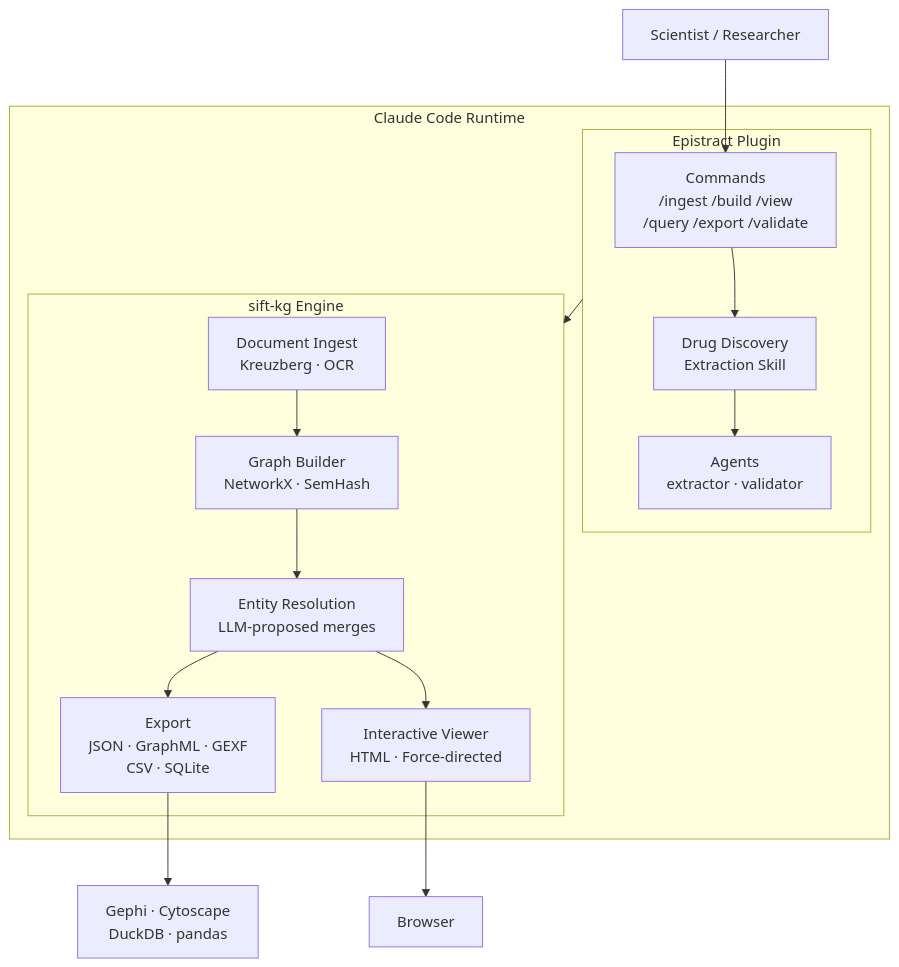
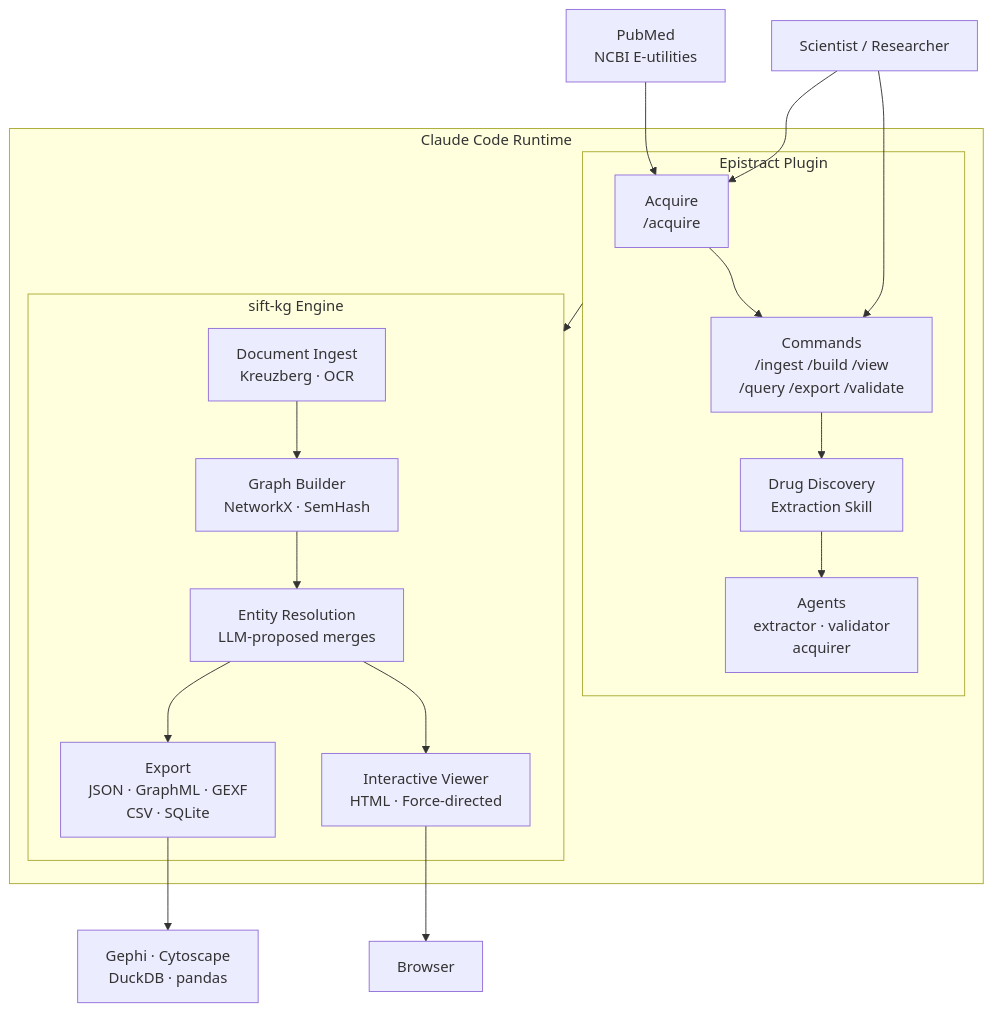
The first of 3 diagrams in README.md (usathyan/epistract), drawn with Mermaid before and after one commit. The commit also changed other lines of this file and 3 other files, not shown here.

First line of the commit message:
feat: add PubMed acquisition pipeline (/epistract-acquire)

````diff
--- a/README.md
+++ b/README.md
@@ -291,25 +305,29 @@
 ```mermaid
 flowchart TB
     subgraph CC["Claude Code Runtime"]
         subgraph EP["Epistract Plugin"]
+            ACQ["Acquire<br/>/acquire"]
             CMD["Commands<br/>/ingest /build /view<br/>/query /export /validate"]
             SKL["Drug Discovery<br/>Extraction Skill"]
-            AGT["Agents<br/>extractor · validator"]
+            AGT["Agents<br/>extractor · validator<br/>acquirer"]
+            ACQ --> CMD
             CMD --> SKL
             SKL --> AGT
         end
         subgraph SK["sift-kg Engine"]
             ING["Document Ingest<br/>Kreuzberg · OCR"]
             GRB["Graph Builder<br/>NetworkX · SemHash"]
             RES["Entity Resolution<br/>LLM-proposed merges"]
             EXP["Export<br/>JSON · GraphML · GEXF<br/>CSV · SQLite"]
             VIZ["Interactive Viewer<br/>HTML · Force-directed"]
             ING --> GRB --> RES --> EXP
             RES --> VIZ
         end
         EP --> SK
     end
+    PUB["PubMed<br/>NCBI E-utilities"] --> ACQ
     USR["Scientist / Researcher"] --> CMD
+    USR --> ACQ
     VIZ --> BRW["Browser"]
     EXP --> EXT["Gephi · Cytoscape<br/>DuckDB · pandas"]
 ```
````
